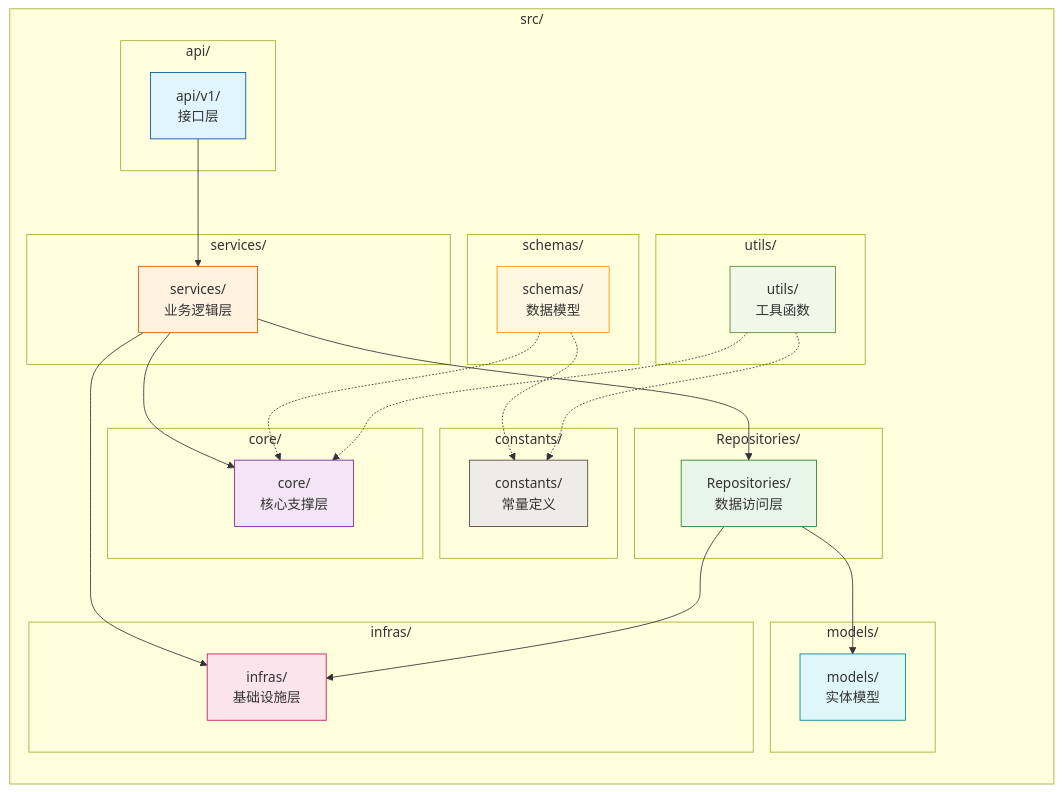
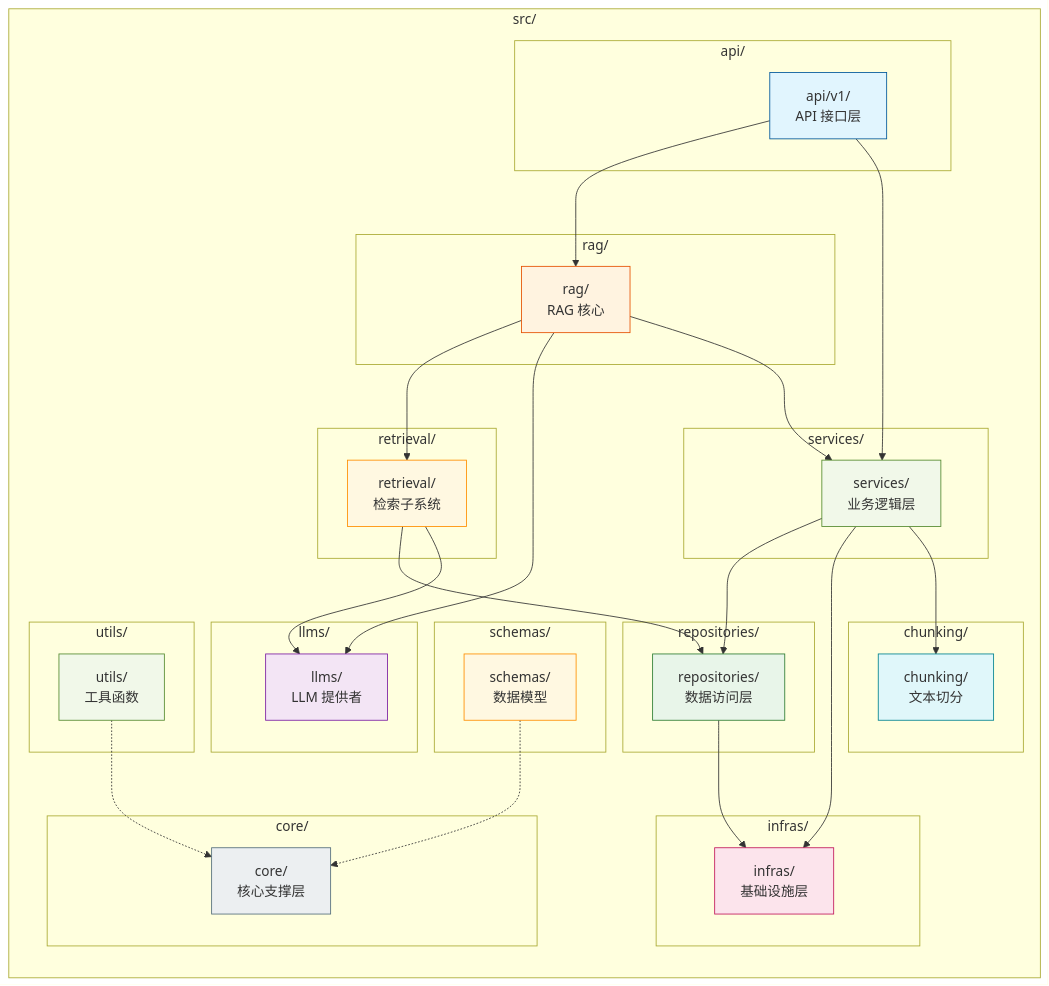
The second of 3 diagrams in README.md (chain-engine/x-rag), drawn with Mermaid before and after one commit. The commit also changed other lines of this file and 63 other files, not shown here.

````diff
--- a/README.md
+++ b/README.md
@@ -247,64 +274,75 @@
 ```mermaid
 graph LR
     subgraph "src/"
         subgraph "api/"
-            API["api/v1/<br/>接口层"]
+            API["api/v1/<br/>API 接口层"]
         end
-        
+
+        subgraph "rag/"
+            RAG["rag/<br/>RAG 核心"]
+        end
+
+        subgraph "retrieval/"
+            RET["retrieval/<br/>检索子系统"]
+        end
+
+        subgraph "llms/"
+            LLMS["llms/<br/>LLM 提供者"]
+        end
+
+        subgraph "chunking/"
+            CHK["chunking/<br/>文本切分"]
+        end
+
         subgraph "services/"
             SVC["services/<br/>业务逻辑层"]
         end
-        
-        subgraph "Repositories/"
-            REPO["Repositories/<br/>数据访问层"]
+
+        subgraph "repositories/"
+            REPO["repositories/<br/>数据访问层"]
         end
-        
+
         subgraph "infras/"
             INFRAS["infras/<br/>基础设施层"]
         end
-        
+
         subgraph "core/"
             CORE["core/<br/>核心支撑层"]
         end
-        
-        subgraph "models/"
-            MODELS["models/<br/>实体模型"]
-        end
-        
+
         subgraph "schemas/"
             SCHEMAS["schemas/<br/>数据模型"]
         end
-        
-        subgraph "constants/"
-            CONST["constants/<br/>常量定义"]
-        end
-        
+
         subgraph "utils/"
             UTILS["utils/<br/>工具函数"]
         end
     end
 
+    API --> RAG
     API --> SVC
+    RAG --> RET
+    RAG --> LLMS
+    RAG --> SVC
+    RET --> REPO
+    RET --> LLMS
     SVC --> REPO
     SVC --> INFRAS
-    SVC --> CORE
-    
+    SVC --> CHK
     REPO --> INFRAS
-    REPO --> MODELS
-    
+
     SCHEMAS -.-> CORE
-    SCHEMAS -.-> CONST
-    
     UTILS -.-> CORE
-    UTILS -.-> CONST
 
     style API fill:#e1f5fe,stroke:#01579b
-    style SVC fill:#fff3e0,stroke:#e65100
+    style RAG fill:#fff3e0,stroke:#e65100
+    style RET fill:#fff8e1,stroke:#ff8f00
+    style LLMS fill:#f3e5f5,stroke:#7b1fa2
+    style CHK fill:#e0f7fa,stroke:#00838f
+    style SVC fill:#f1f8e9,stroke:#558b2f
     style REPO fill:#e8f5e9,stroke:#2e7d32
     style INFRAS fill:#fce4ec,stroke:#c2185b
-    style CORE fill:#f3e5f5,stroke:#7b1fa2
-    style MODELS fill:#e0f7fa,stroke:#00838f
+    style CORE fill:#eceff1,stroke:#546e7a
     style SCHEMAS fill:#fff8e1,stroke:#ff8f00
-    style CONST fill:#efebe9,stroke:#5d4037
     style UTILS fill:#f1f8e9,stroke:#558b2f
 ```
````
